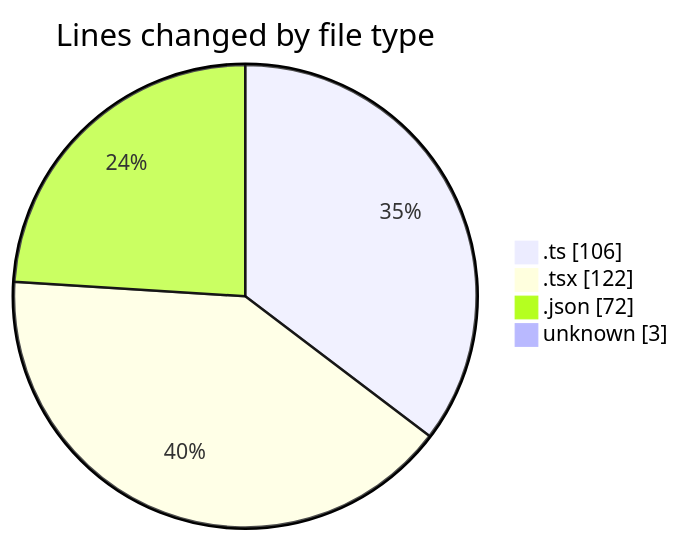
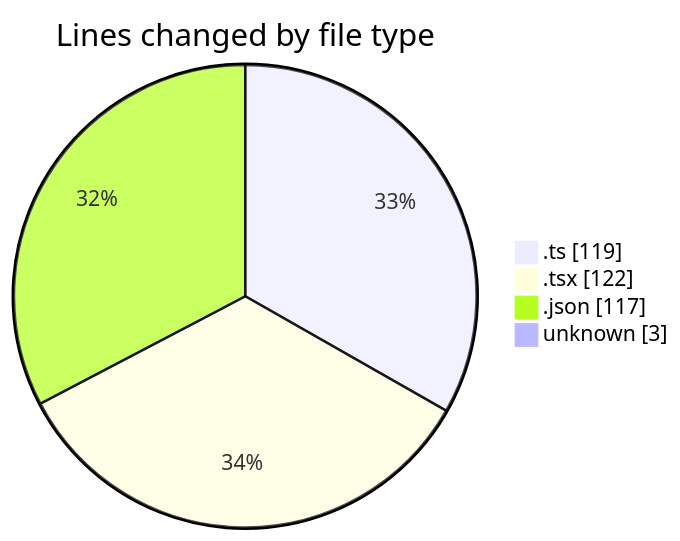
One commit to momahboobian/code-tracking changed the first of 2 diagrams in 2025-02-13/pdf-analysis-app/README.md. Above: the diagram before and after it, drawn with Mermaid. The commit also changed other lines of this file and 1 other file, not shown here.

````diff
--- a/2025-02-13/pdf-analysis-app/README.md
+++ b/2025-02-13/pdf-analysis-app/README.md
@@ -24,8 +26,8 @@
 ```mermaid
 pie showData
 title Lines changed by file type
-".ts" : 106
+".ts" : 119
 ".tsx" : 122
-".json" : 72
+".json" : 117
 "unknown" : 3
 ```
````
